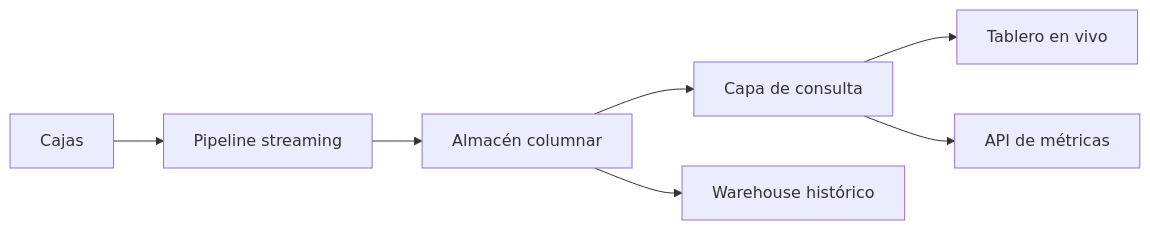
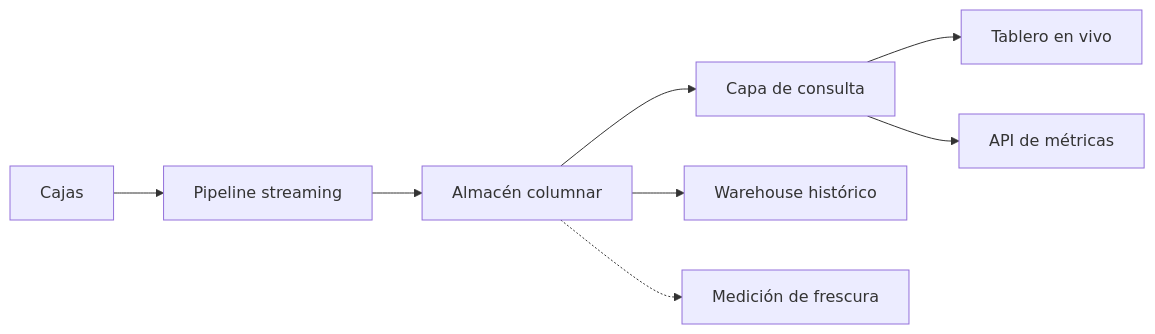
Before and after one commit to fcp4891/de-knowledge-hub: the first of 3 diagrams in content/architectures/real-time-analytics-architecture.md, drawn with Mermaid. The commit also changed other lines of this file and 8 other files, not shown here.

````diff
--- a/content/architectures/real-time-analytics-architecture.md
+++ b/content/architectures/real-time-analytics-architecture.md
@@ -122,9 +122,10 @@
 ```mermaid
 flowchart LR
   T["Cajas"] --> P["Pipeline streaming"]
   P --> A["Almacén columnar"]
   A --> Q["Capa de consulta"]
   Q --> D["Tablero en vivo"]
   Q --> I["API de métricas"]
   A --> W["Warehouse histórico"]
+  A -.-> F["Medición de frescura"]
 ```
````
